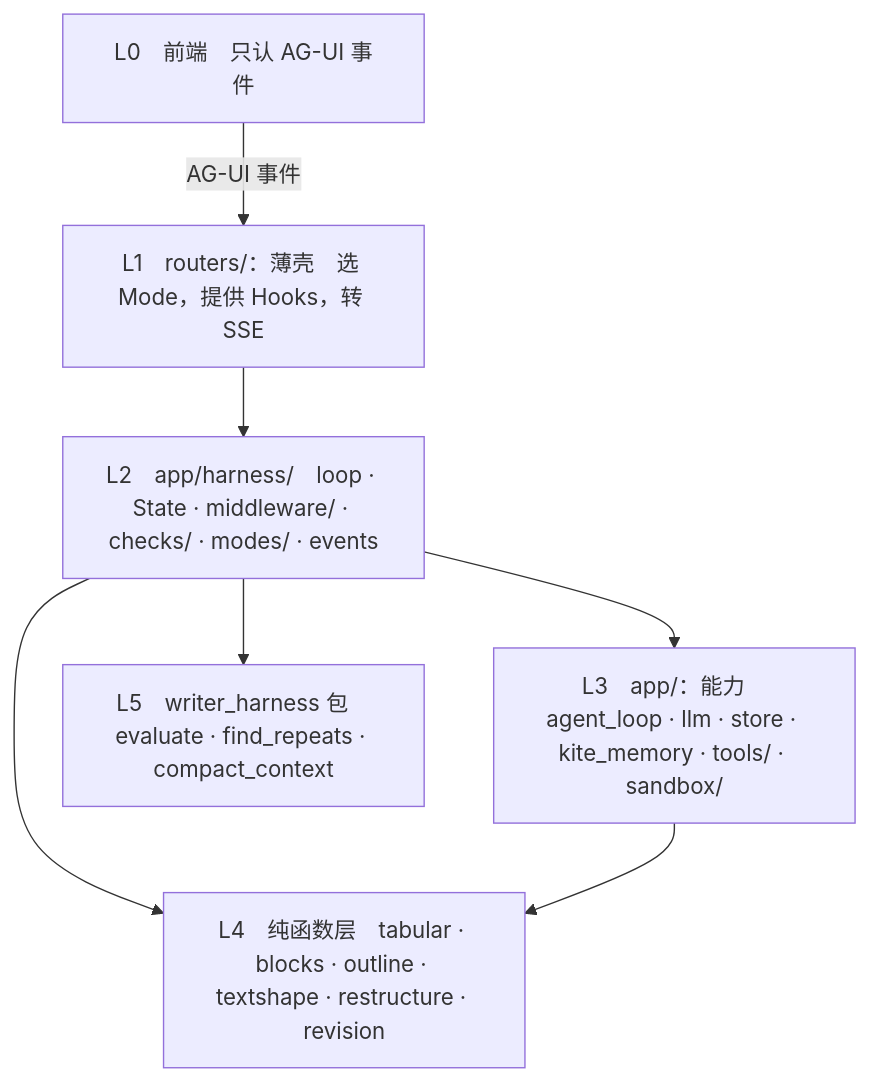
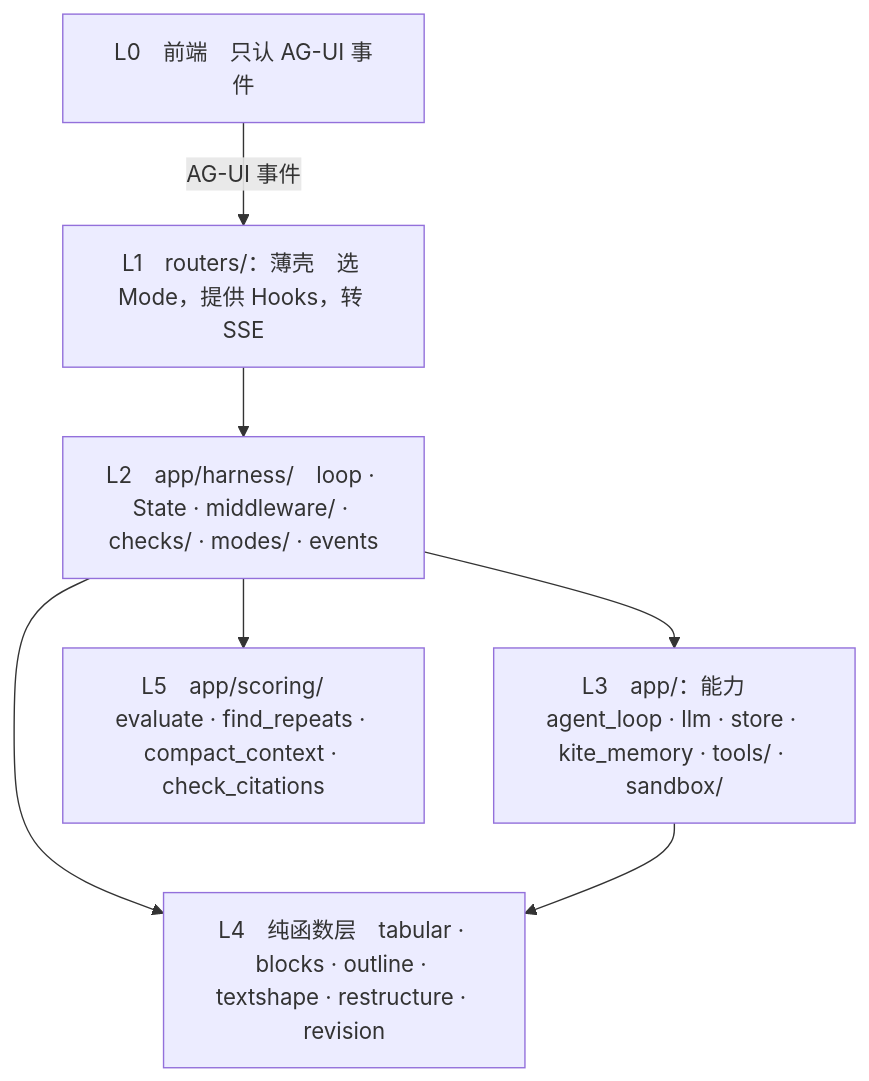
The second of 2 diagrams in docs/harness-framework.md (huilongbaba/MEMOKET_NOTE), drawn with Mermaid before and after one commit. The commit also changed other lines of this file and 65 other files, not shown here.

First line of the commit message:
refactor: writer_harness 合进 app/scoring；目录图重画并加测试盯住

````diff
--- a/docs/harness-framework.md
+++ b/docs/harness-framework.md
@@ -1632,16 +1676,16 @@
 ```mermaid
 flowchart TD
     L0["L0　前端　只认 AG-UI 事件"]
     L1["L1　routers/：薄壳　选 Mode，提供 Hooks，转 SSE"]
     L2["L2　app/harness/　loop · State · middleware/ · checks/ · modes/ · events"]
     L3["L3　app/：能力　agent_loop · llm · store · kite_memory · tools/ · sandbox/"]
     L4["L4　纯函数层　tabular · blocks · outline · textshape · restructure · revision"]
-    L5["L5　writer_harness 包　evaluate · find_repeats · compact_context"]
+    L5["L5　app/scoring/　evaluate · find_repeats · compact_context · check_citations"]
 
     L0 -->|AG-UI 事件| L1
     L1 --> L2
     L2 --> L3
     L2 --> L4
     L2 --> L5
     L3 --> L4
 ```
````
